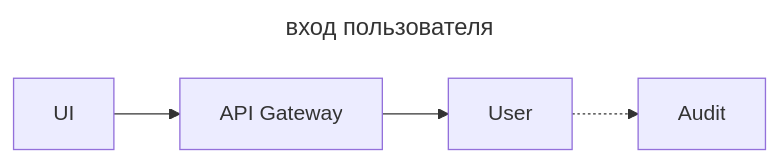
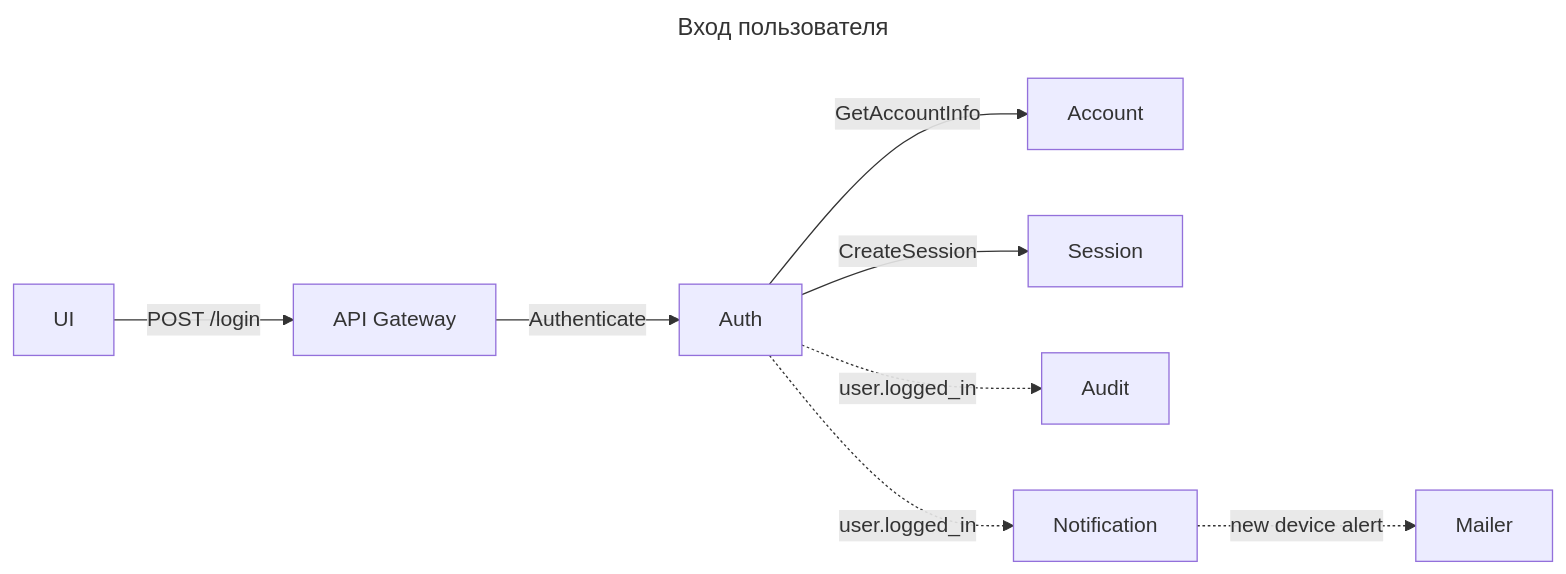
One commit to HotCucumber1/account changed diagram 11 of 13 in task1/schema.md. Above: the diagram before and after it, drawn with Mermaid. The commit also changed other lines of this file and 1 other file, not shown here.

Commit message:
[schema] Вторая версия схемы

````diff
--- a/task1/schema.md
+++ b/task1/schema.md
@@ -187,12 +461,13 @@
 ```mermaid
 ---
-title: вход пользователя
+title: Вход пользователя
 ---
 flowchart LR
-    A[UI]
-    B[API Gateway]
-    C[User]
-    D[Audit]
-    A --> B --> C
-    C -.-> D
+    A[UI] -->|POST /login| B[API Gateway]
+    B -->|Authenticate| U[Auth]
+    U -->|GetAccountInfo| C[Account]
+    U -->|CreateSession| S[Session]
+    U -.->|user.logged_in| D[Audit]
+    U -.->|user.logged_in| N[Notification]
+    N -.->|new device alert| M[Mailer]
 ```
````
